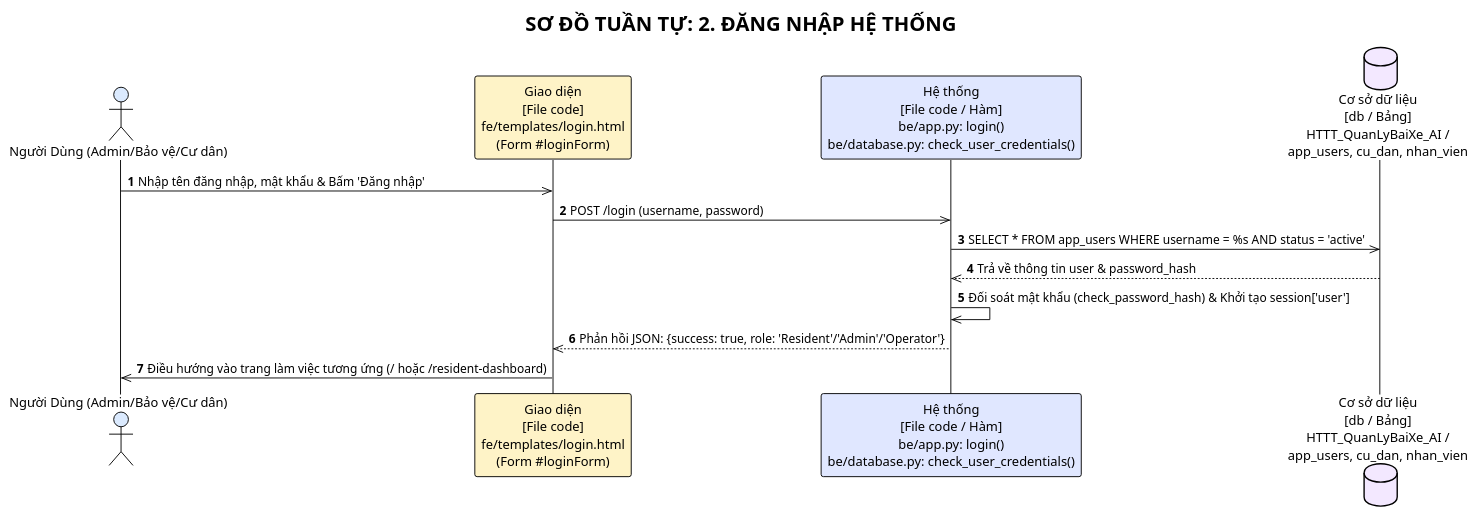
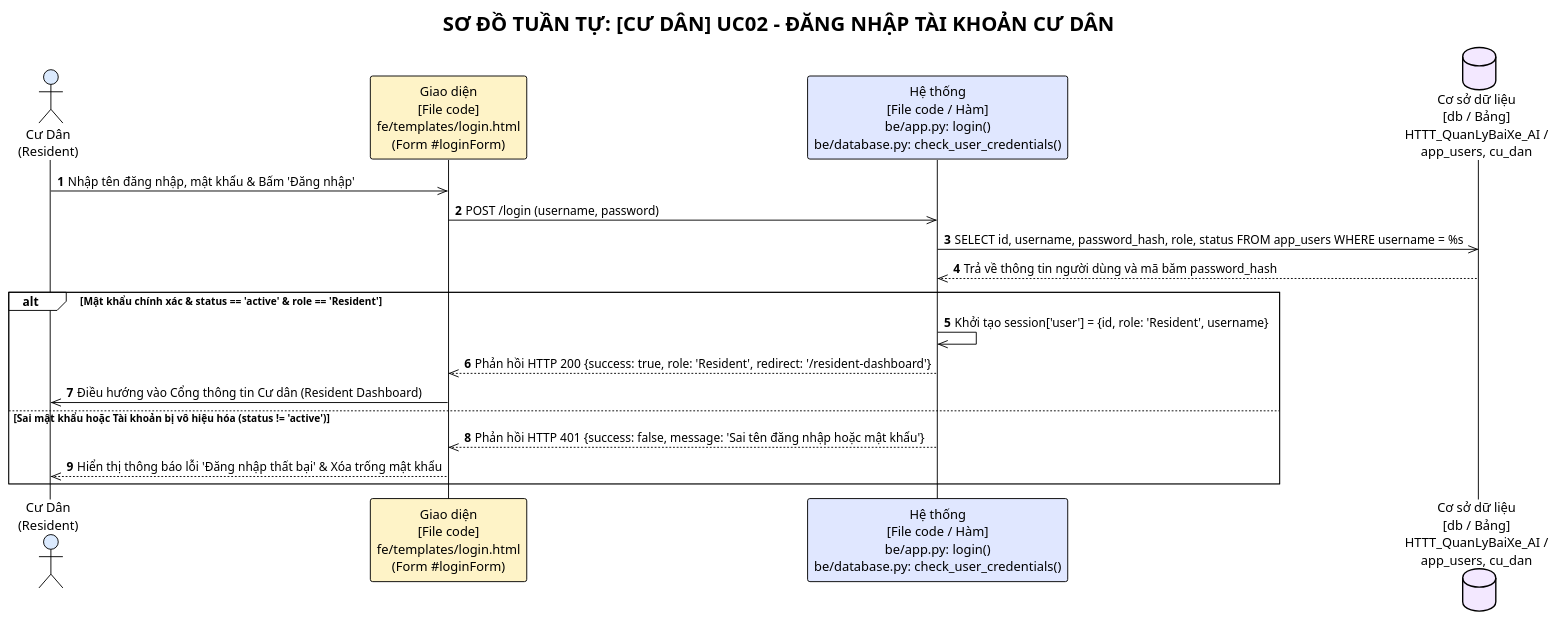
The second of 13 diagrams in ongthanquoctruong_24CT2_cnpm/docs/SEQUENCE_DIAGRAMS.puml (Truong027/CNPM24), drawn with PlantUML before and after one commit. The commit also changed other lines of this file and 26 other files, not shown here.

Commit message:
docs: update sequence diagrams with actor stick figures, alt frames, and grouped by actor

```diff
--- a/ongthanquoctruong_24CT2_cnpm/docs/SEQUENCE_DIAGRAMS.puml
+++ b/ongthanquoctruong_24CT2_cnpm/docs/SEQUENCE_DIAGRAMS.puml
@@ -28,19 +41,25 @@
-@startuml uc02_login
+@startuml uc02_resident_login
 !theme plain
-title SƠ ĐỒ TUẦN TỰ: 2. ĐĂNG NHẬP HỆ THỐNG
+title SƠ ĐỒ TUẦN TỰ: [CƯ DÂN] UC02 - ĐĂNG NHẬP TÀI KHOẢN CƯ DÂN
 autonumber
 
-actor "Người Dùng (Admin/Bảo vệ/Cư dân)" as Actor #DBEAFE
+actor "Cư Dân\n(Resident)" as Actor #DBEAFE
 participant "Giao diện\n[File code]\nfe/templates/login.html\n(Form #loginForm)" as UI #FEF3C7
 participant "Hệ thống\n[File code / Hàm]\nbe/app.py: login()\nbe/database.py: check_user_credentials()" as Sys #E0E7FF
-database "Cơ sở dữ liệu\n[db / Bảng]\nHTTT_QuanLyBaiXe_AI /\napp_users, cu_dan, nhan_vien" as DB #F3E8FF
+database "Cơ sở dữ liệu\n[db / Bảng]\nHTTT_QuanLyBaiXe_AI /\napp_users, cu_dan" as DB #F3E8FF
 
 Actor ->> UI: Nhập tên đăng nhập, mật khẩu & Bấm 'Đăng nhập'
 UI ->> Sys: POST /login (username, password)
-Sys ->> DB: SELECT * FROM app_users WHERE username = %s AND status = 'active'
-DB -->> Sys: Trả về thông tin user & password_hash
-Sys ->> Sys: Đối soát mật khẩu (check_password_hash) & Khởi tạo session['user']
-Sys -->> UI: Phản hồi JSON: {success: true, role: 'Resident'/'Admin'/'Operator'}
-UI ->> Actor: Điều hướng vào trang làm việc tương ứng (/ hoặc /resident-dashboard)
+Sys ->> DB: SELECT id, username, password_hash, role, status FROM app_users WHERE username = %s
+DB -->> Sys: Trả về thông tin người dùng và mã băm password_hash
+
+alt Mật khẩu chính xác & status == 'active' & role == 'Resident'
+    Sys ->> Sys: Khởi tạo session['user'] = {id, role: 'Resident', username}
+    Sys -->> UI: Phản hồi HTTP 200 {success: true, role: 'Resident', redirect: '/resident-dashboard'}
+    UI ->> Actor: Điều hướng vào Cổng thông tin Cư dân (Resident Dashboard)
+else Sai mật khẩu hoặc Tài khoản bị vô hiệu hóa (status != 'active')
+    Sys -->> UI: Phản hồi HTTP 401 {success: false, message: 'Sai tên đăng nhập hoặc mật khẩu'}
+    UI -->> Actor: Hiển thị thông báo lỗi 'Đăng nhập thất bại' & Xóa trống mật khẩu
+end
 
 @enduml
```
